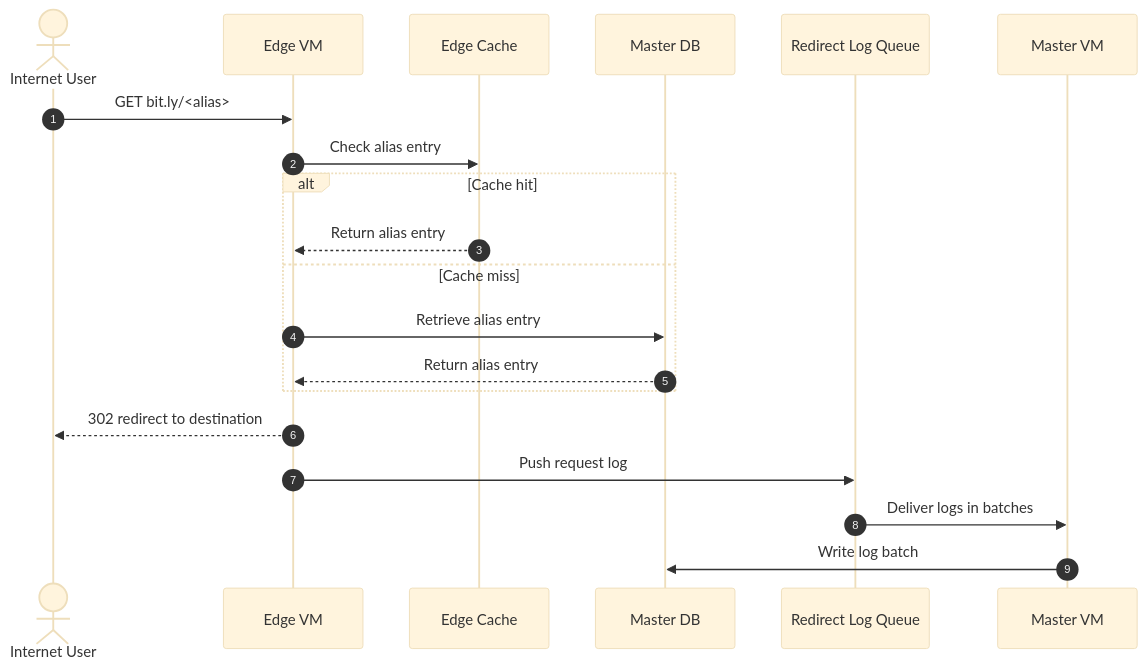
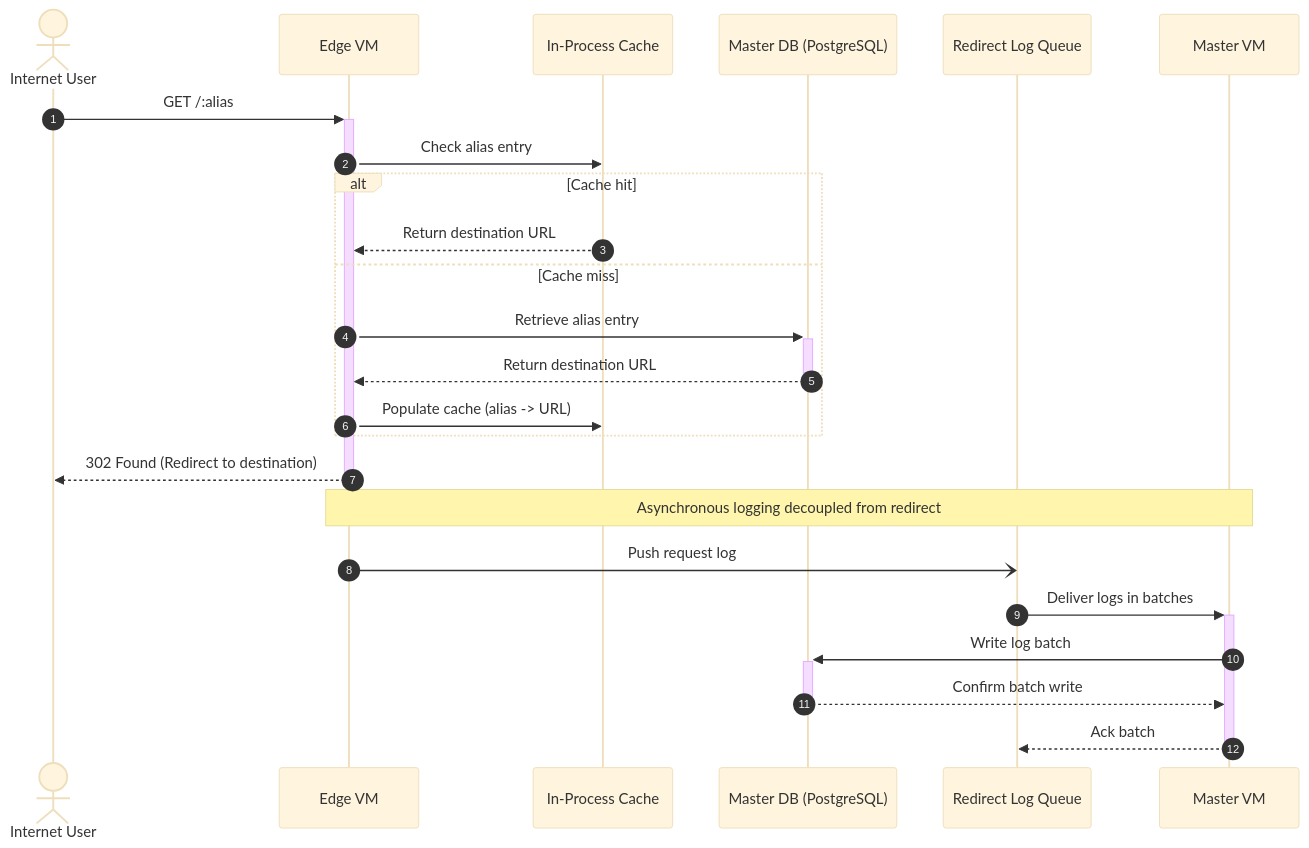
The fourth of 8 diagrams in Readme.md (AyushmanTripathy/url-shortener), drawn with Mermaid (base theme) before and after one commit. The commit also changed other lines of this file, not shown here.

Commit message:
chore: Updated revision 3 diagrams

````diff
--- a/Readme.md
+++ b/Readme.md
@@ -86,23 +237,28 @@
 ```mermaid
 sequenceDiagram
     autonumber
     actor User as Internet User
     participant Edge as Edge VM
-    participant Cache as Edge Cache
-    participant DB as Master DB
+    participant Cache as In-Process Cache
+    participant DB as Master DB (PostgreSQL)
     participant Queue as Redirect Log Queue
     participant Master as Master VM
 
-    User->>Edge: GET bit.ly/<alias>
+    User->>+Edge: GET /:alias
     Edge->>Cache: Check alias entry
     alt Cache hit
-        Cache-->>Edge: Return alias entry
+        Cache-->>Edge: Return destination URL
     else Cache miss
-        Edge->>DB: Retrieve alias entry
-        DB-->>Edge: Return alias entry
+        Edge->>+DB: Retrieve alias entry
+        DB-->>-Edge: Return destination URL
+        Edge->>Cache: Populate cache (alias -> URL)
     end
-    Edge-->>User: 302 redirect to destination
-    Edge->>Queue: Push request log
-    Queue->>Master: Deliver logs in batches
-    Master->>DB: Write log batch
+    Edge-->>-User: 302 Found (Redirect to destination)
+
+    Note over Edge,Master: Asynchronous logging decoupled from redirect
+    Edge-)Queue: Push request log
+    Queue->>+Master: Deliver logs in batches
+    Master->>+DB: Write log batch
+    DB-->>-Master: Confirm batch write
+    Master-->>-Queue: Ack batch
 ```
````
